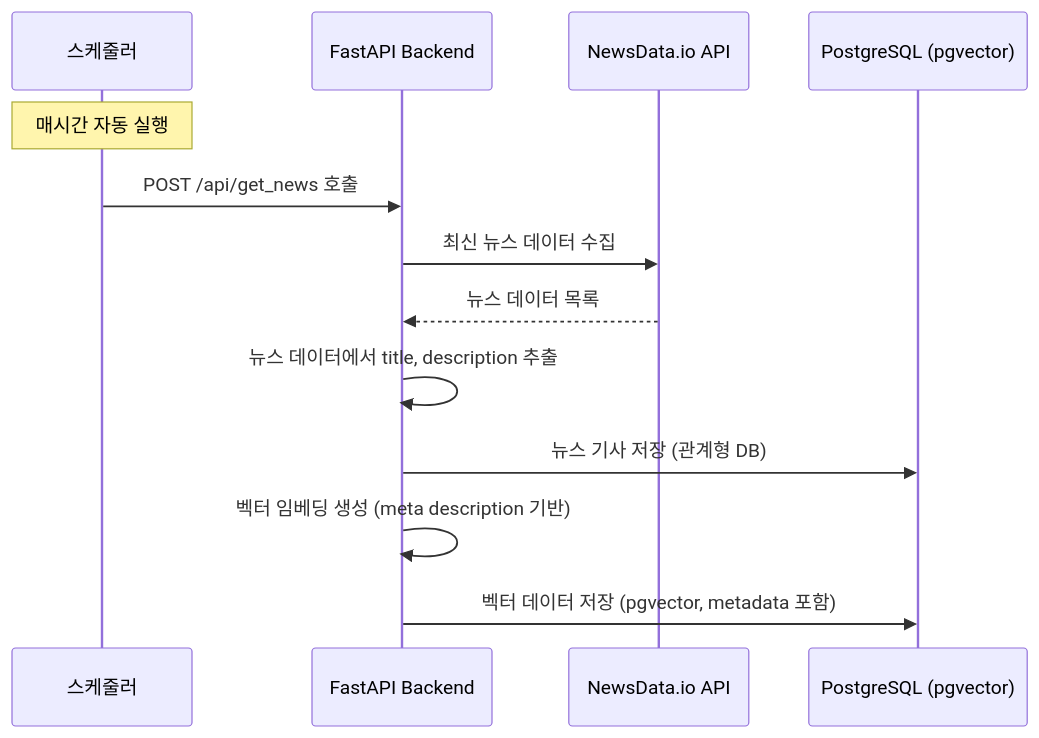
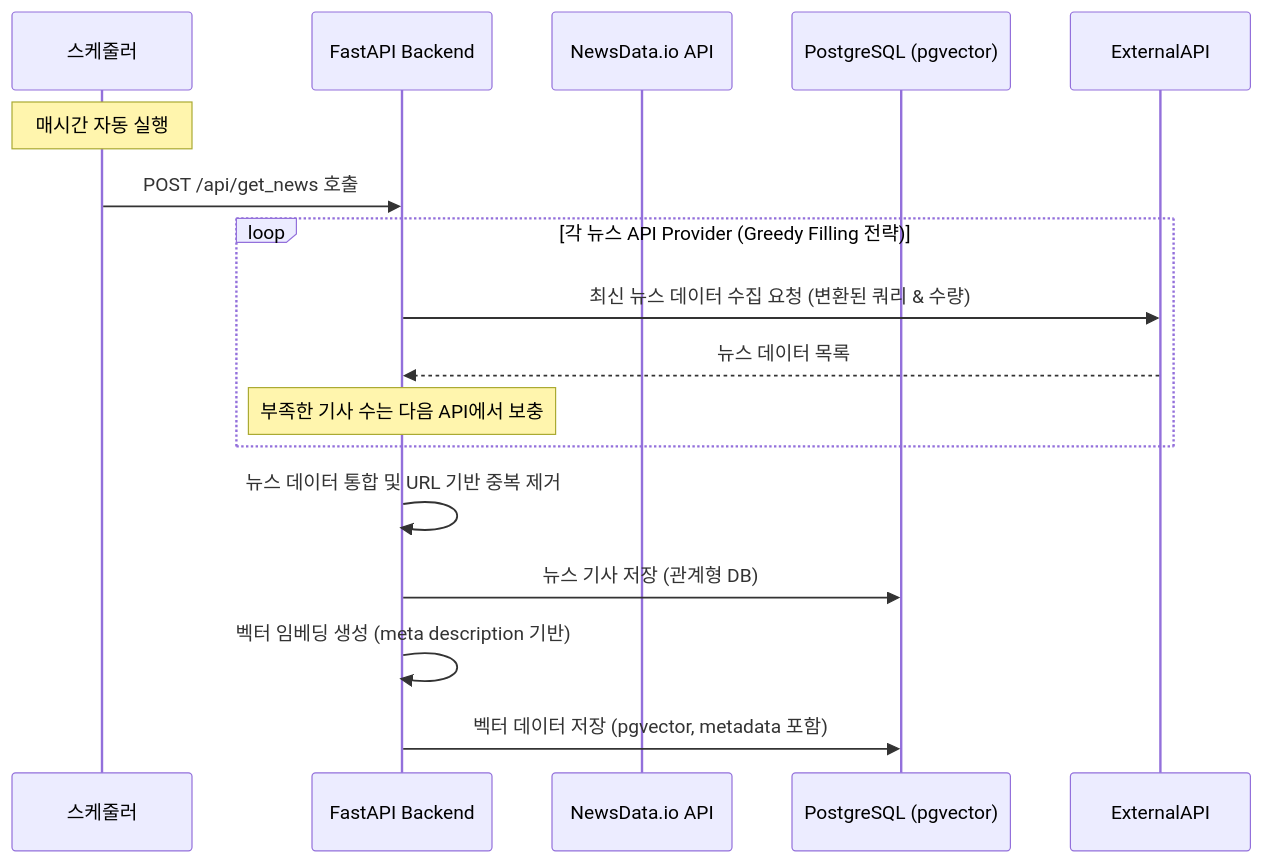
Before and after one commit to EduungEee/jtj: the second of 18 diagrams in DIAGRAM.md, drawn with Mermaid. The commit also changed other lines of this file and 7 other files, not shown here.

````diff
--- a/DIAGRAM.md
+++ b/DIAGRAM.md
@@ -73,16 +79,21 @@
 ```mermaid
 sequenceDiagram
     participant Scheduler as 스케줄러
     participant Backend as FastAPI Backend
     participant NewsData as NewsData.io API
     participant DB as PostgreSQL (pgvector)
 
     Note over Scheduler: 매시간 자동 실행
     Scheduler->>Backend: POST /api/get_news 호출
-    Backend->>NewsData: 최신 뉴스 데이터 수집
-    NewsData-->>Backend: 뉴스 데이터 목록
-    Backend->>Backend: 뉴스 데이터에서 title, description 추출
+    
+    loop 각 뉴스 API Provider (Greedy Filling 전략)
+        Backend->>ExternalAPI: 최신 뉴스 데이터 수집 요청 (변환된 쿼리 & 수량)
+        ExternalAPI-->>Backend: 뉴스 데이터 목록
+        Note over Backend: 부족한 기사 수는 다음 API에서 보충
+    end
+    
+    Backend->>Backend: 뉴스 데이터 통합 및 URL 기반 중복 제거
     Backend->>DB: 뉴스 기사 저장 (관계형 DB)
     Backend->>Backend: 벡터 임베딩 생성 (meta description 기반)
     Backend->>DB: 벡터 데이터 저장 (pgvector, metadata 포함)
 ```
````
